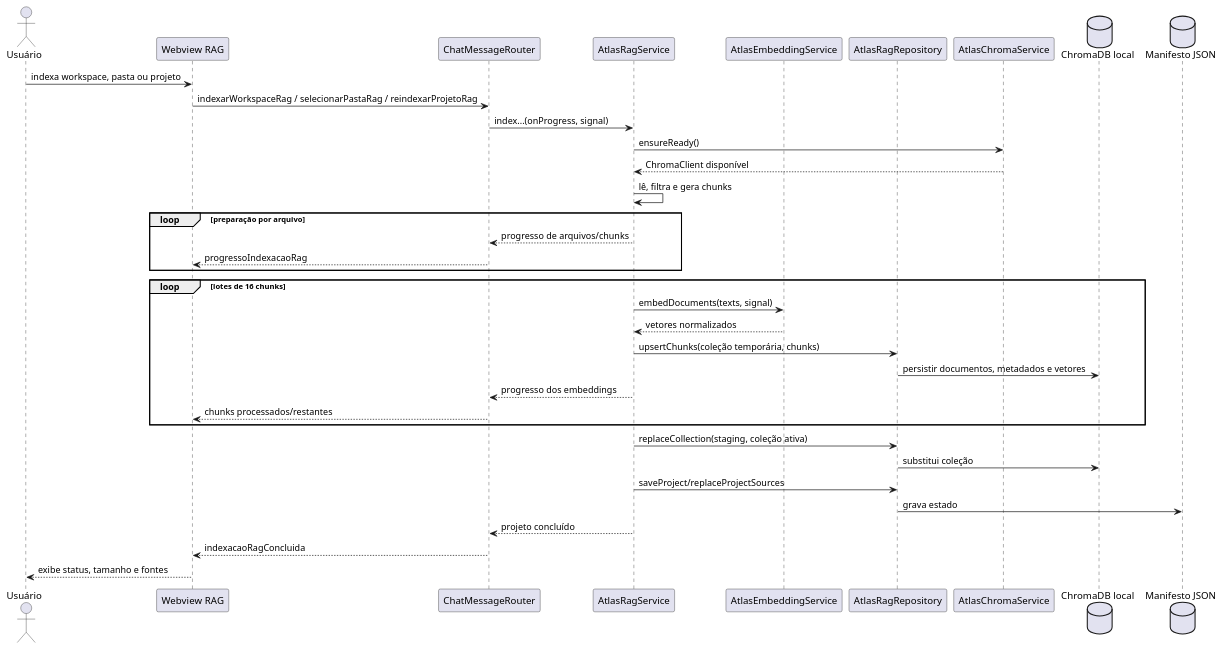
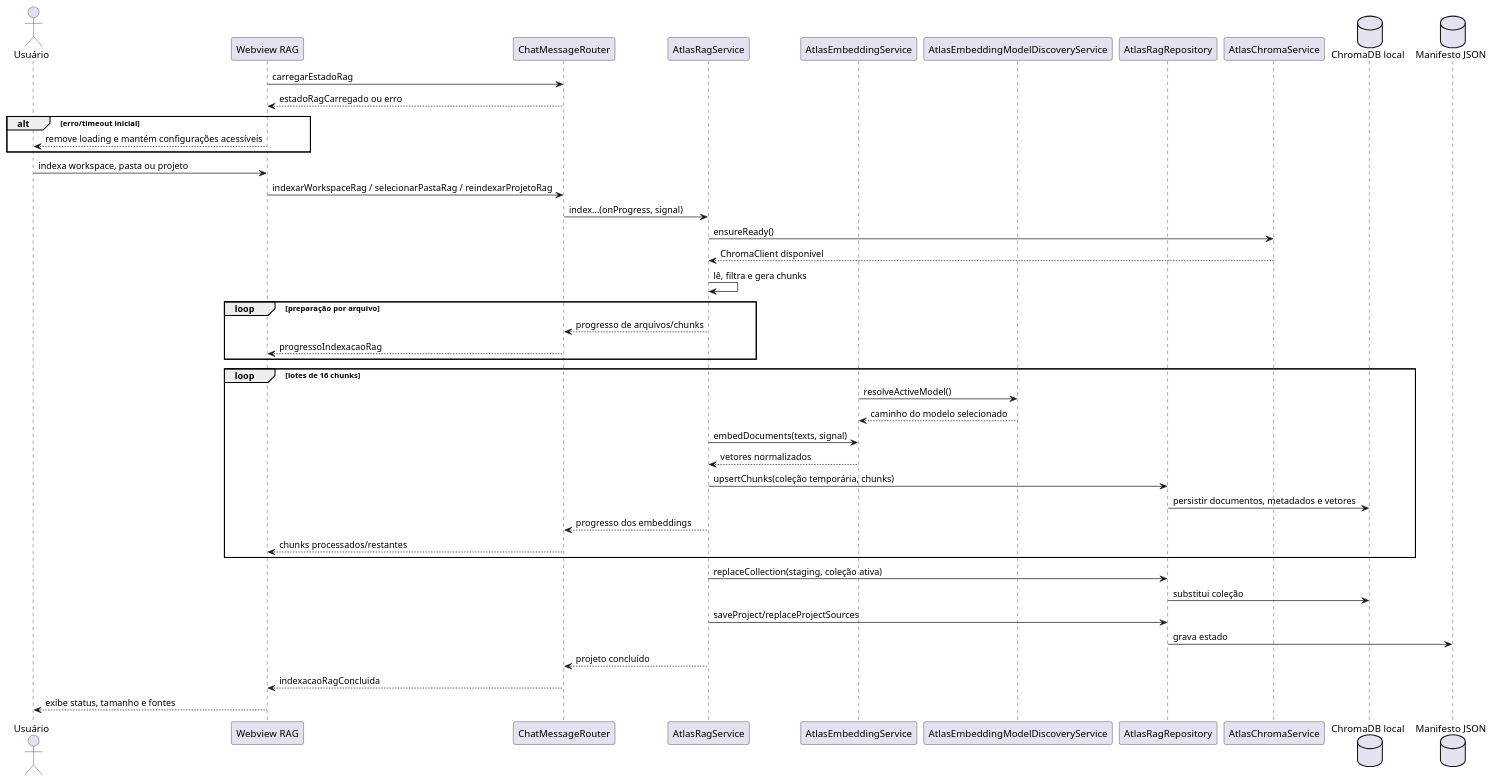
Diagram 34 of 40 in docs/plantuml-diagramas-por-caso-de-uso-atlas.md (JVictorVI/ATLAS), drawn with PlantUML before and after one commit. The commit also changed other lines of this file and 22 other files, not shown here.

````diff
--- a/docs/plantuml-diagramas-por-caso-de-uso-atlas.md
+++ b/docs/plantuml-diagramas-por-caso-de-uso-atlas.md
@@ -1188,40 +1198,49 @@
 ```plantuml
 @startuml
 skinparam shadowing false
 actor Usuário
 participant "Webview RAG" as UI
 participant ChatMessageRouter as Router
 participant AtlasRagService as RAG
 participant AtlasEmbeddingService as Embeddings
+participant AtlasEmbeddingModelDiscoveryService as EmbeddingModels
 participant AtlasRagRepository as Repository
 participant AtlasChromaService as Runtime
 database "ChromaDB local" as Chroma
 database "Manifesto JSON" as Manifest
+
+UI -> Router : carregarEstadoRag
+Router --> UI : estadoRagCarregado ou erro
+alt erro/timeout inicial
+  UI --> Usuário : remove loading e mantém configurações acessíveis
+end
 
 Usuário -> UI : indexa workspace, pasta ou projeto
 UI -> Router : indexarWorkspaceRag / selecionarPastaRag / reindexarProjetoRag
 Router -> RAG : index...(onProgress, signal)
 RAG -> Runtime : ensureReady()
 Runtime --> RAG : ChromaClient disponível
 RAG -> RAG : lê, filtra e gera chunks
 loop preparação por arquivo
   RAG --> Router : progresso de arquivos/chunks
   Router --> UI : progressoIndexacaoRag
 end
 loop lotes de 16 chunks
+  Embeddings -> EmbeddingModels : resolveActiveModel()
+  EmbeddingModels --> Embeddings : caminho do modelo selecionado
   RAG -> Embeddings : embedDocuments(texts, signal)
   Embeddings --> RAG : vetores normalizados
   RAG -> Repository : upsertChunks(coleção temporária, chunks)
   Repository -> Chroma : persistir documentos, metadados e vetores
   RAG --> Router : progresso dos embeddings
   Router --> UI : chunks processados/restantes
 end
 RAG -> Repository : replaceCollection(staging, coleção ativa)
 Repository -> Chroma : substitui coleção
 RAG -> Repository : saveProject/replaceProjectSources
 Repository -> Manifest : grava estado
 RAG --> Router : projeto concluído
 Router --> UI : indexacaoRagConcluida
 UI --> Usuário : exibe status, tamanho e fontes
 @enduml
 ```
````
